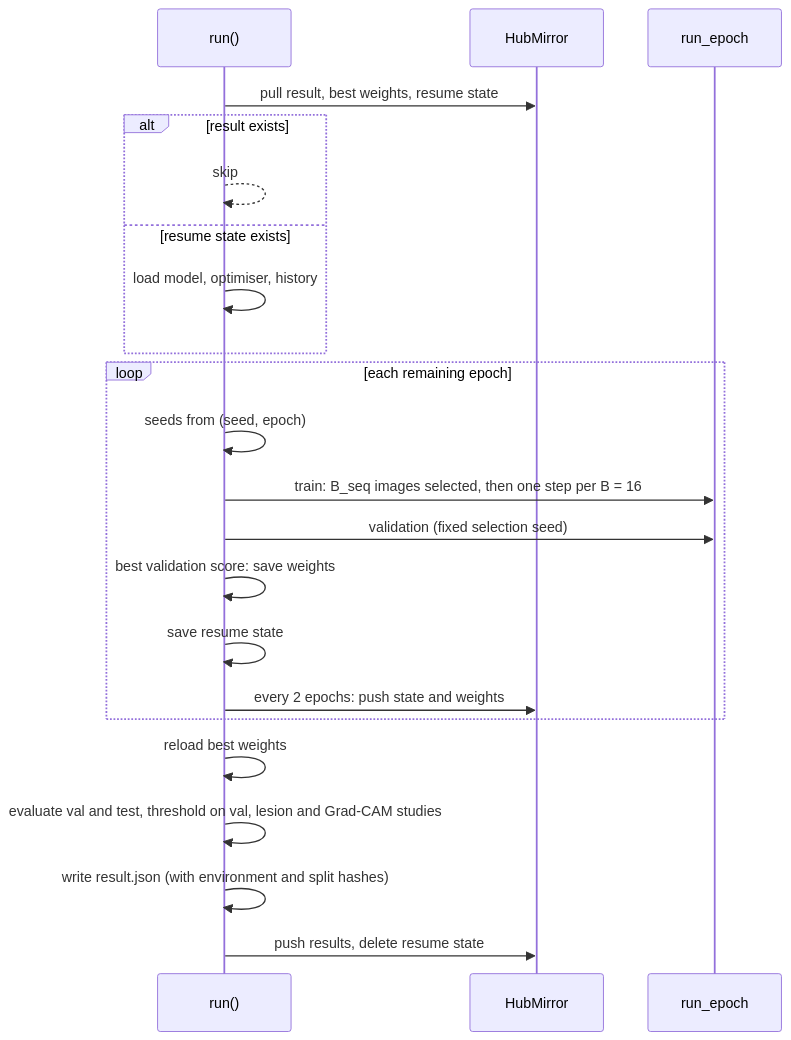
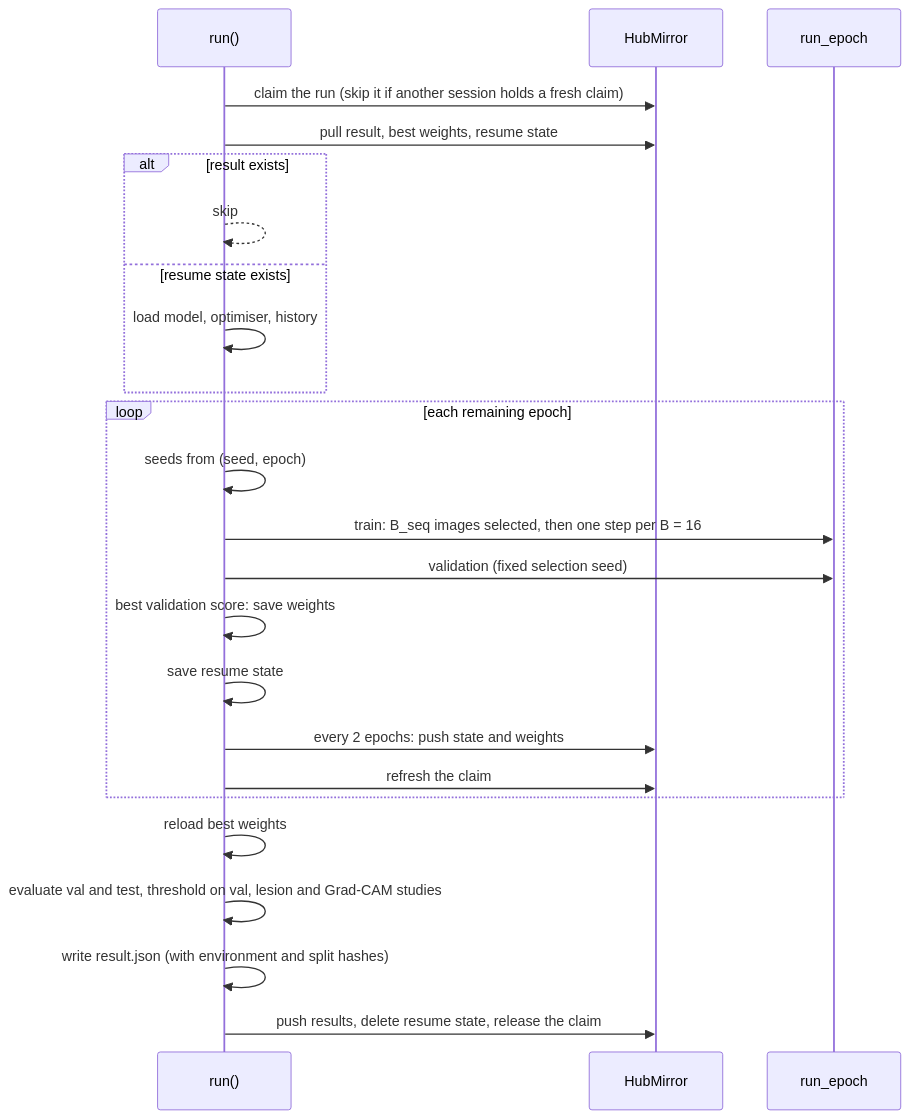
The sixth of 6 diagrams in docs/ARCHITECTURE.md (YAxelY/master-research-codes), drawn with Mermaid before and after one commit. The commit also changed 8 other files, not shown here.

Commit message:
Run claims on the Hub: one session trains a run, relaunching is always safe

````diff
--- a/docs/ARCHITECTURE.md
+++ b/docs/ARCHITECTURE.md
@@ -128,24 +128,26 @@
 ```mermaid
 sequenceDiagram
   participant R as run()
   participant H as HubMirror
   participant E as run_epoch
+  R->>H: claim the run (skip it if another session holds a fresh claim)
   R->>H: pull result, best weights, resume state
   alt result exists
     R-->>R: skip
   else resume state exists
     R->>R: load model, optimiser, history
   end
   loop each remaining epoch
     R->>R: seeds from (seed, epoch)
     R->>E: train: B_seq images selected, then one step per B = 16
     R->>E: validation (fixed selection seed)
     R->>R: best validation score: save weights
     R->>R: save resume state
     R->>H: every 2 epochs: push state and weights
+    R->>H: refresh the claim
   end
   R->>R: reload best weights
   R->>R: evaluate val and test, threshold on val, lesion and Grad-CAM studies
   R->>R: write result.json (with environment and split hashes)
-  R->>H: push results, delete resume state
+  R->>H: push results, delete resume state, release the claim
 ```
````
